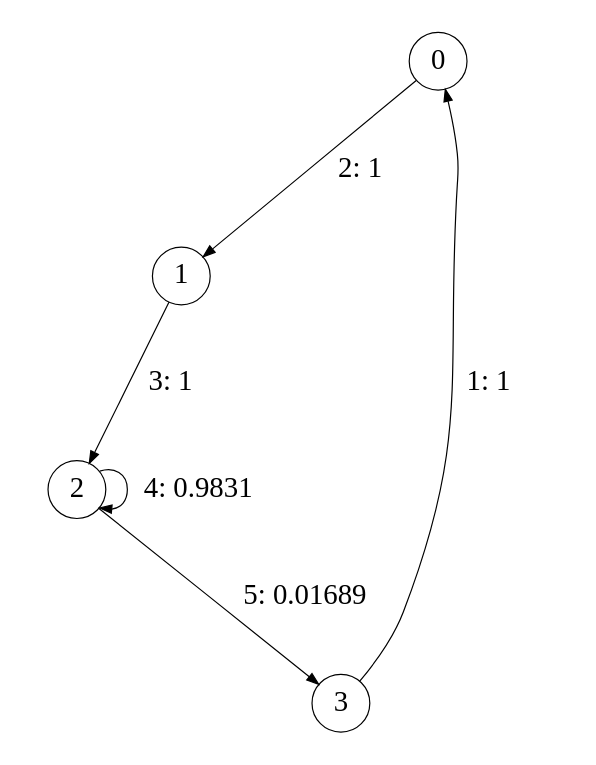
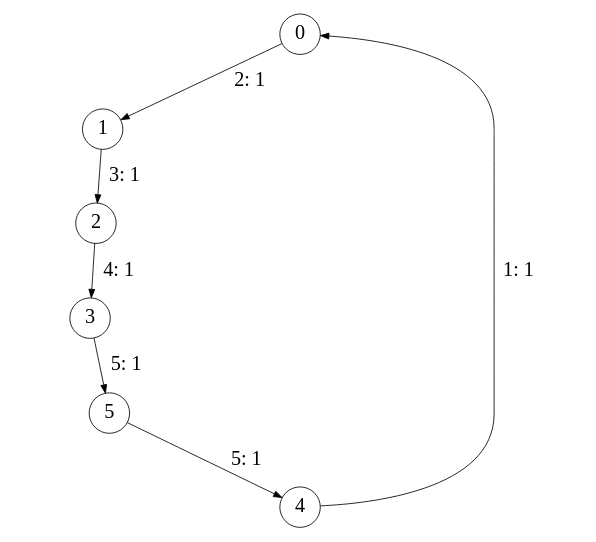
Before and after one commit to unidesigner/pyconto: the diagram in pyconto/algorithms/causality/cssr/CSSR-v0.1.1/bin32/microstates_inf.dot, drawn with Graphviz. The commit also changed 16 other files, not shown here.

```diff
--- a/pyconto/algorithms/causality/cssr/CSSR-v0.1.1/bin32/microstates_inf.dot
+++ b/pyconto/algorithms/causality/cssr/CSSR-v0.1.1/bin32/microstates_inf.dot
@@ -1,12 +1,13 @@
 digraph microstates {
 size = "6,8.5";
 ratio = "fill";
 node [shape = circle];
 node [fontsize = 24];
 edge [fontsize = 24];
 0 -> 1 [label = "2: 1        "];
 1 -> 2 [label = "3: 1        "];
-2 -> 2 [label = "4: 0.9831   "];
-2 -> 3 [label = "5: 0.01689  "];
-3 -> 0 [label = "1: 1        "];
+2 -> 3 [label = "4: 1        "];
+3 -> 5 [label = "5: 1        "];
+4 -> 0 [label = "1: 1        "];
+5 -> 4 [label = "5: 1        "];
 }
```
